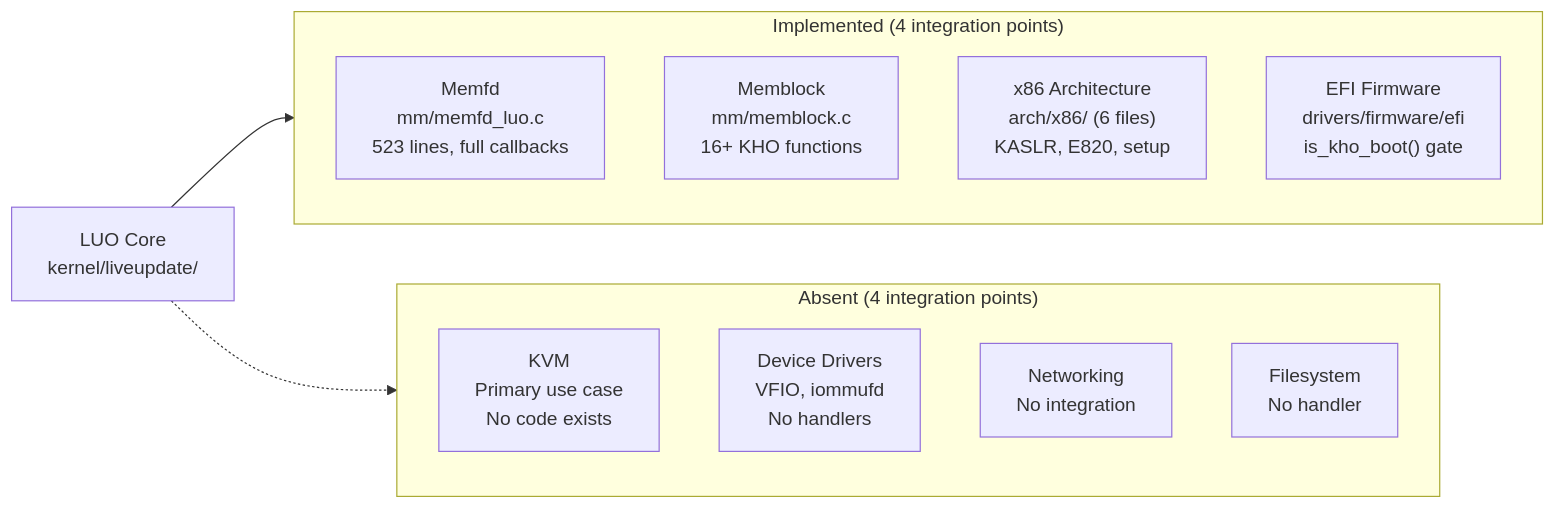
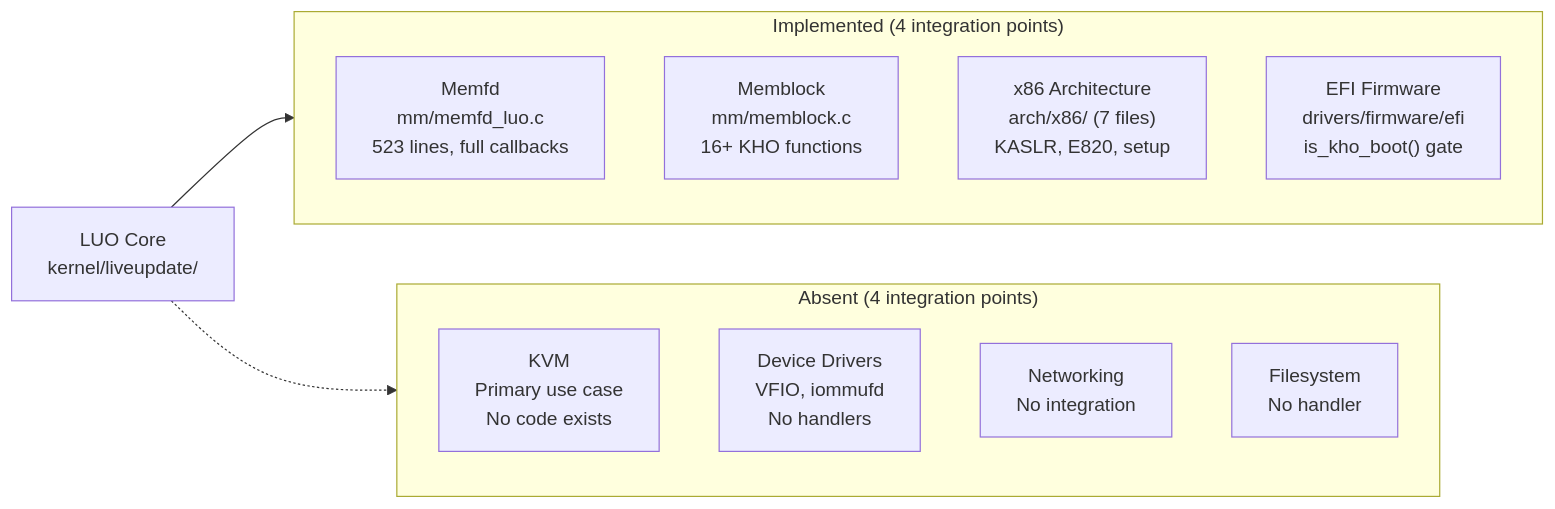
One commit to Blitzy-Sandbox/blitzy-linux changed the fourth of 4 diagrams in Documentation/liveupdate/archaeology.md. Above: the diagram before and after it, drawn with Mermaid. The commit also changed other lines of this file and 1 other file, not shown here.

````diff
--- a/Documentation/liveupdate/archaeology.md
+++ b/Documentation/liveupdate/archaeology.md
@@ -593,17 +596,17 @@
 ```mermaid
 graph LR
     subgraph Implemented["Implemented (4 integration points)"]
         MEMFD["Memfd<br/>mm/memfd_luo.c<br/>523 lines, full callbacks"]
         MEMBLOCK["Memblock<br/>mm/memblock.c<br/>16+ KHO functions"]
-        X86["x86 Architecture<br/>arch/x86/ (6 files)<br/>KASLR, E820, setup"]
+        X86["x86 Architecture<br/>arch/x86/ (7 files)<br/>KASLR, E820, setup"]
         EFI["EFI Firmware<br/>drivers/firmware/efi<br/>is_kho_boot() gate"]
     end
     subgraph Absent["Absent (4 integration points)"]
         KVM["KVM<br/>Primary use case<br/>No code exists"]
         DRIVERS["Device Drivers<br/>VFIO, iommufd<br/>No handlers"]
         NET["Networking<br/>No integration"]
         FS["Filesystem<br/>No handler"]
     end
     LUO_CORE["LUO Core<br/>kernel/liveupdate/"] --> Implemented
     LUO_CORE -.-> Absent
 ```
````
